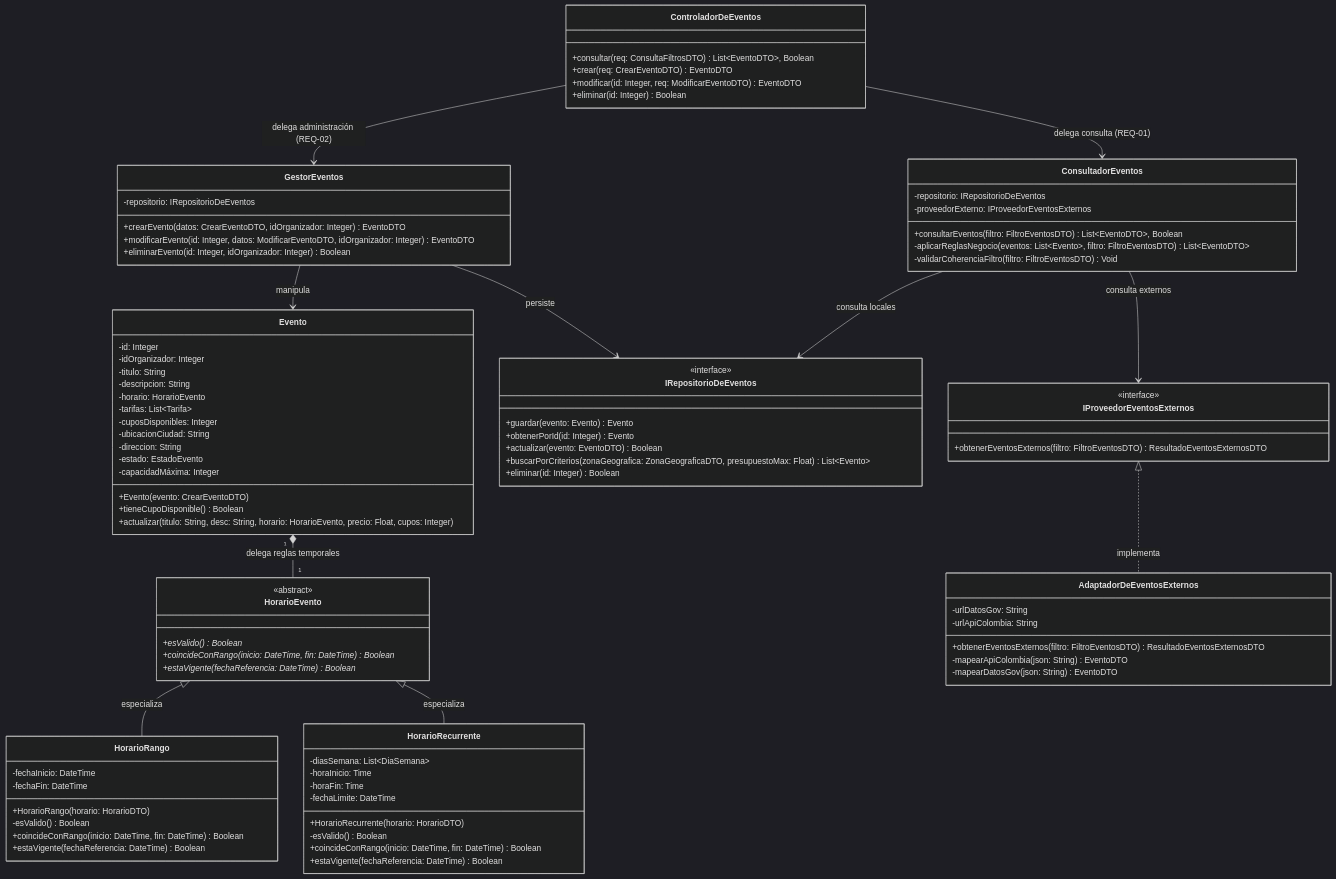
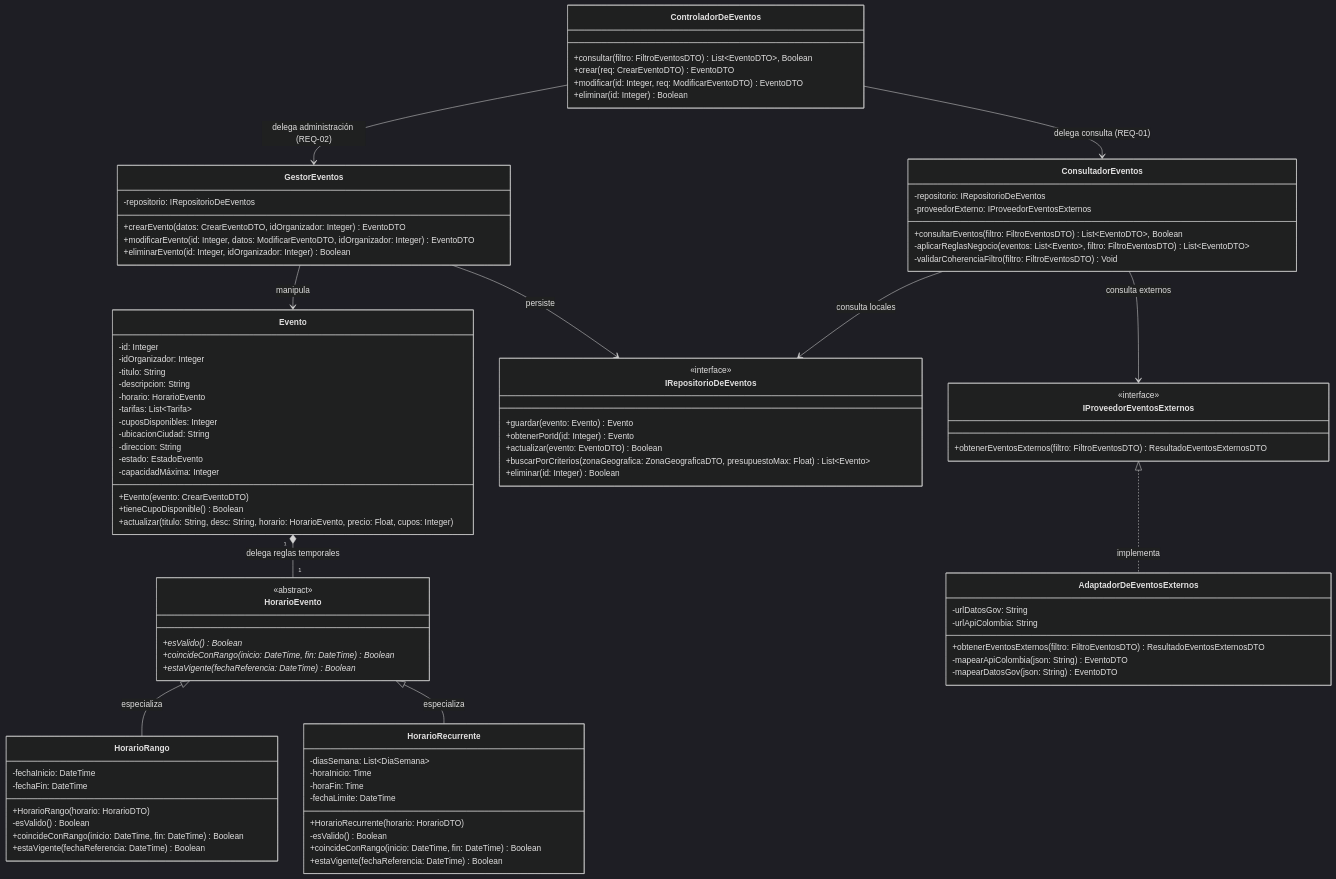
One commit to ProyectPlanning/Sistema_de_eventos changed the second of 3 diagrams in Docs/Design/Diseño Arquitectónico detallado 01.md. Above: the diagram before and after it, drawn with Mermaid (dark theme).

Commit message:
Rename method parameter in class diagram

```diff
--- a/Docs/Design/Diseño Arquitectónico detallado 01.md
+++ b/Docs/Design/Diseño Arquitectónico detallado 01.md
@@ -139,7 +139,7 @@
 classDiagram
     %% Capa de Entrada
     class ControladorDeEventos {
-        +consultar(req: ConsultaFiltrosDTO) List~EventoDTO~, Boolean
+        +consultar(filtro: FiltroEventosDTO) List~EventoDTO~, Boolean
         +crear(req: CrearEventoDTO) EventoDTO
         +modificar(id: Integer, req: ModificarEventoDTO) EventoDTO
         +eliminar(id: Integer) Boolean
```
